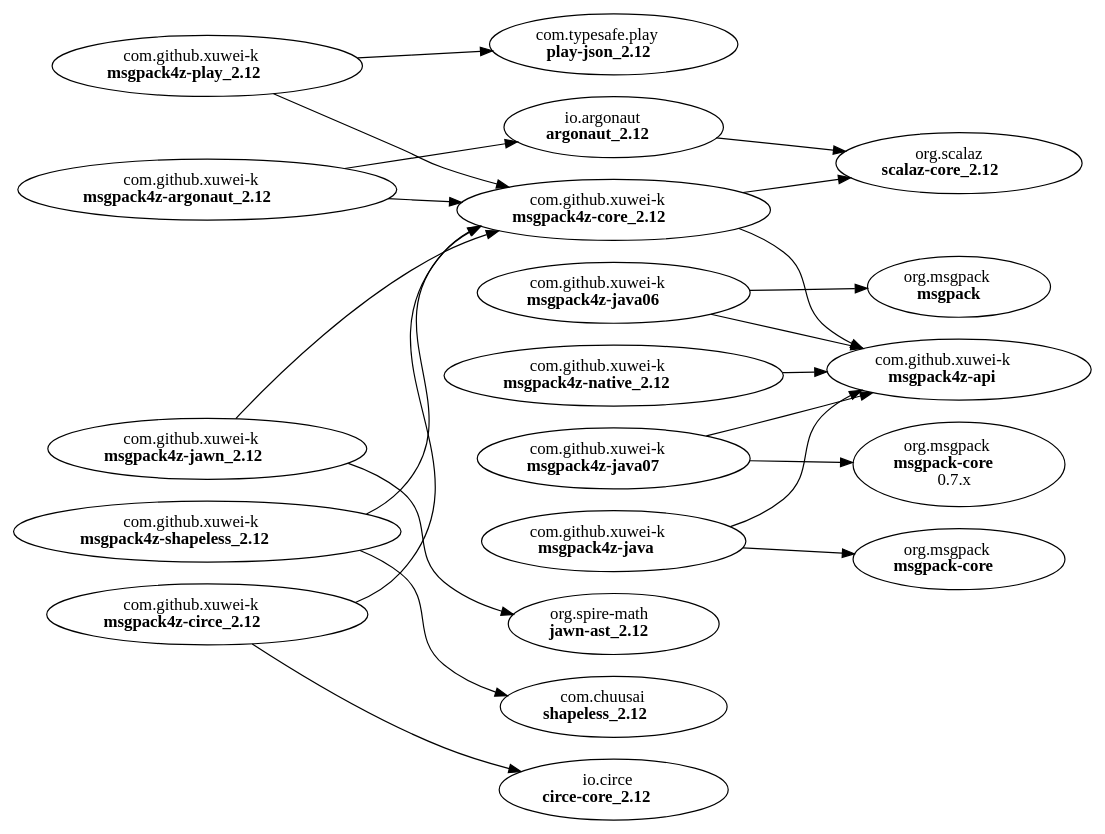
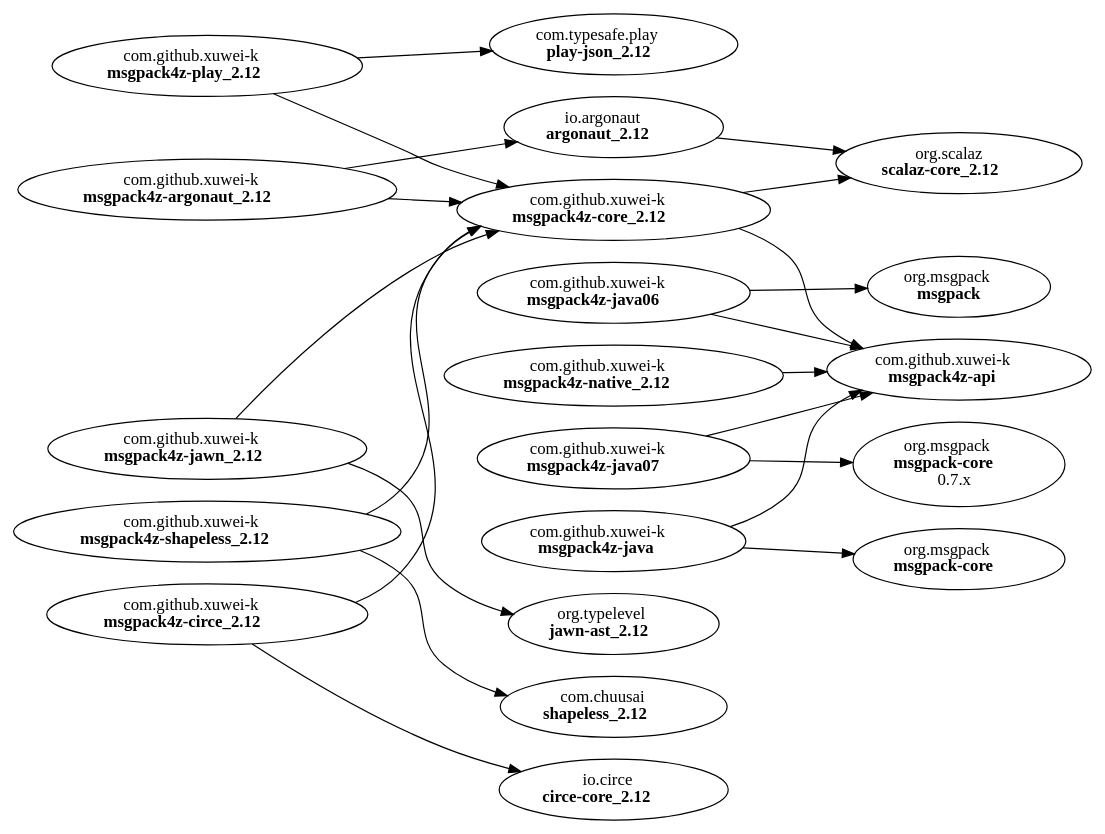
One commit to msgpack4z/msgpack4z.github.io changed the diagram in graph.dot. Above: the diagram before and after it, drawn with Graphviz. The commit also changed 1 other file, not shown here.

Commit message:
jawn move to typelevel

```diff
--- a/graph.dot
+++ b/graph.dot
@@ -1,44 +1,44 @@
 digraph "msgpack4z dependency graph" {
     graph[rankdir="LR"]
     node[target="_blank"]
     "com.github.xuwei-k:msgpack4z-play_2.12"[label=<com.github.xuwei-k<BR/><B>msgpack4z-play_2.12</B>>, href="https://github.com/msgpack4z/msgpack4z-play"]
     "com.typesafe.play:play-json_2.12"[label=<com.typesafe.play<BR/><B>play-json_2.12</B>>, href="https://github.com/playframework/play-json"]
     "com.github.xuwei-k:msgpack4z-jawn_2.12"[label=<com.github.xuwei-k<BR/><B>msgpack4z-jawn_2.12</B>>, href="https://github.com/msgpack4z/msgpack4z-jawn"]
-    "org.spire-math:jawn-ast_2.12"[label=<org.spire-math<BR/><B>jawn-ast_2.12</B>>, href="https://github.com/non/jawn"]
+    "org.typelevel:jawn-ast_2.12"[label=<org.typelevel<BR/><B>jawn-ast_2.12</B>>, href="https://github.com/typelevel/jawn"]
     "com.github.xuwei-k:msgpack4z-argonaut_2.12"[label=<com.github.xuwei-k<BR/><B>msgpack4z-argonaut_2.12</B>>, href="https://github.com/msgpack4z/msgpack4z-argonaut"]
     "io.argonaut:argonaut_2.12"[label=<io.argonaut<BR/><B>argonaut_2.12</B>>, href="https://github.com/argonaut-io/argonaut"]
     "com.github.xuwei-k:msgpack4z-java06"[label=<com.github.xuwei-k<BR/><B>msgpack4z-java06</B>>, href="https://github.com/msgpack4z/msgpack4z-java06"]
     "org.msgpack:msgpack"[label=<org.msgpack<BR/><B>msgpack</B>>, href="https://github.com/msgpack/msgpack-java"]
     "com.github.xuwei-k:msgpack4z-java07"[label=<com.github.xuwei-k<BR/><B>msgpack4z-java07</B>>, href="https://github.com/msgpack4z/msgpack4z-java/tree/0.2.x"]
     "com.github.xuwei-k:msgpack4z-java"[label=<com.github.xuwei-k<BR/><B>msgpack4z-java</B>>, href="https://github.com/msgpack4z/msgpack4z-java"]
     "org.msgpack:msgpack-core:0.7.x"[label=<org.msgpack<BR/><B>msgpack-core</B><BR/>0.7.x>, href="https://github.com/msgpack/msgpack-java"]
     "org.msgpack:msgpack-core"[label=<org.msgpack<BR/><B>msgpack-core</B>>, href="https://github.com/msgpack/msgpack-java"]
     "com.github.xuwei-k:msgpack4z-native_2.12"[label=<com.github.xuwei-k<BR/><B>msgpack4z-native_2.12</B>>, href="https://github.com/msgpack4z/msgpack4z-native"]
     "com.github.xuwei-k:msgpack4z-shapeless_2.12"[label=<com.github.xuwei-k<BR/><B>msgpack4z-shapeless_2.12</B>>, href="https://github.com/msgpack4z/msgpack4z-shapeless"]
     "com.github.xuwei-k:msgpack4z-core_2.12"[label=<com.github.xuwei-k<BR/><B>msgpack4z-core_2.12</B>>, href="https://github.com/msgpack4z/msgpack4z-core"]
     "org.scalaz:scalaz-core_2.12"[label=<org.scalaz<BR/><B>scalaz-core_2.12</B>>, href="https://github.com/scalaz/scalaz"]
     "com.github.xuwei-k:msgpack4z-api"[label=<com.github.xuwei-k<BR/><B>msgpack4z-api</B>>, href="https://github.com/msgpack4z/msgpack4z-api"]
     "com.chuusai:shapeless_2.12"[label=<com.chuusai<BR/><B>shapeless_2.12</B>>, href="https://github.com/milessabin/shapeless"]
     "com.github.xuwei-k:msgpack4z-circe_2.12"[label=<com.github.xuwei-k<BR/><B>msgpack4z-circe_2.12</B>>, href="https://github.com/msgpack4z/msgpack4z-circe"]
     "io.circe:circe-core_2.12"[label=<io.circe<BR/><B>circe-core_2.12</B>>, href="https://github.com/circe/circe"]
     "com.github.xuwei-k:msgpack4z-play_2.12" -> "com.typesafe.play:play-json_2.12"
-    "com.github.xuwei-k:msgpack4z-jawn_2.12" -> "org.spire-math:jawn-ast_2.12"
+    "com.github.xuwei-k:msgpack4z-jawn_2.12" -> "org.typelevel:jawn-ast_2.12"
     "com.github.xuwei-k:msgpack4z-argonaut_2.12" -> "io.argonaut:argonaut_2.12"
     "com.github.xuwei-k:msgpack4z-java06" -> "org.msgpack:msgpack"
     "com.github.xuwei-k:msgpack4z-java07" -> "org.msgpack:msgpack-core:0.7.x"
     "com.github.xuwei-k:msgpack4z-java" -> "org.msgpack:msgpack-core"
     "com.github.xuwei-k:msgpack4z-play_2.12" -> "com.github.xuwei-k:msgpack4z-core_2.12"
     "com.github.xuwei-k:msgpack4z-shapeless_2.12" -> "com.github.xuwei-k:msgpack4z-core_2.12"
     "com.github.xuwei-k:msgpack4z-jawn_2.12" -> "com.github.xuwei-k:msgpack4z-core_2.12"
     "com.github.xuwei-k:msgpack4z-argonaut_2.12" -> "com.github.xuwei-k:msgpack4z-core_2.12"
     "com.github.xuwei-k:msgpack4z-circe_2.12" -> "com.github.xuwei-k:msgpack4z-core_2.12"
     "com.github.xuwei-k:msgpack4z-circe_2.12" -> "io.circe:circe-core_2.12"
     "io.argonaut:argonaut_2.12" -> "org.scalaz:scalaz-core_2.12"
     "com.github.xuwei-k:msgpack4z-core_2.12" -> "org.scalaz:scalaz-core_2.12"
     "com.github.xuwei-k:msgpack4z-native_2.12" -> "com.github.xuwei-k:msgpack4z-api"
     "com.github.xuwei-k:msgpack4z-java06" -> "com.github.xuwei-k:msgpack4z-api"
     "com.github.xuwei-k:msgpack4z-core_2.12" -> "com.github.xuwei-k:msgpack4z-api"
     "com.github.xuwei-k:msgpack4z-java07" -> "com.github.xuwei-k:msgpack4z-api"
     "com.github.xuwei-k:msgpack4z-java" -> "com.github.xuwei-k:msgpack4z-api"
     "com.github.xuwei-k:msgpack4z-shapeless_2.12" -> "com.chuusai:shapeless_2.12"
 }
```
